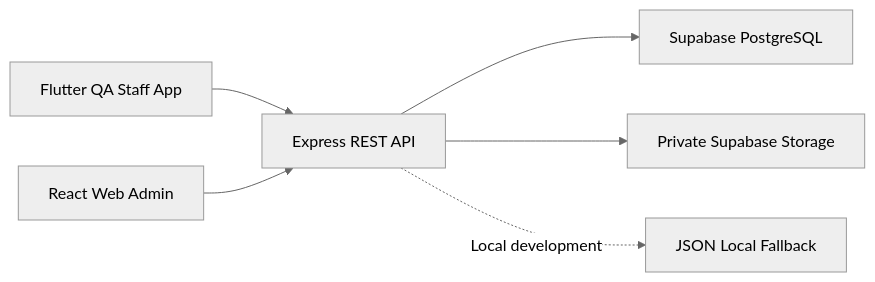
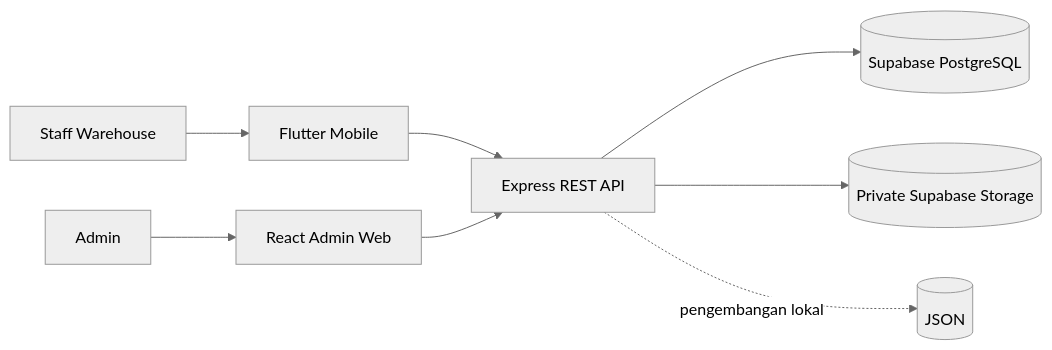
The diagram in README.md (farrelgaska/QA-Mobile-Apps), drawn with Mermaid (neutral theme) before and after one commit. The commit also changed other lines of this file, not shown here.

````diff
--- a/README.md
+++ b/README.md
@@ -55,15 +41,10 @@
 ```mermaid
 flowchart LR
-    Mobile["Flutter QA Staff App"]
-    Admin["React Web Admin"]
-    API["Express REST API"]
-    Database["Supabase PostgreSQL"]
-    Storage["Private Supabase Storage"]
-    JSON["JSON Local Fallback"]
-
-    Mobile --> API
-    Admin --> API
-    API --> Database
-    API --> Storage
-    API -. Local development .-> JSON
+    S["Staff Warehouse"] --> M["Flutter Mobile"]
+    A["Admin"] --> W["React Admin Web"]
+    M --> API["Express REST API"]
+    W --> API
+    API --> DB[("Supabase PostgreSQL")]
+    API --> ST[("Private Supabase Storage")]
+    API -. "pengembangan lokal" .-> J[("JSON")]
 ```
````
